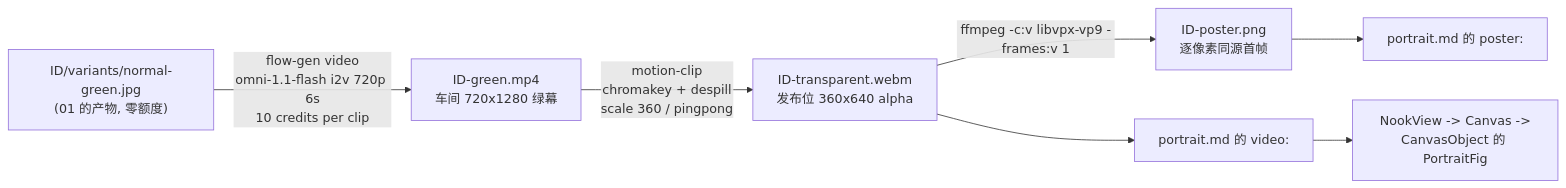
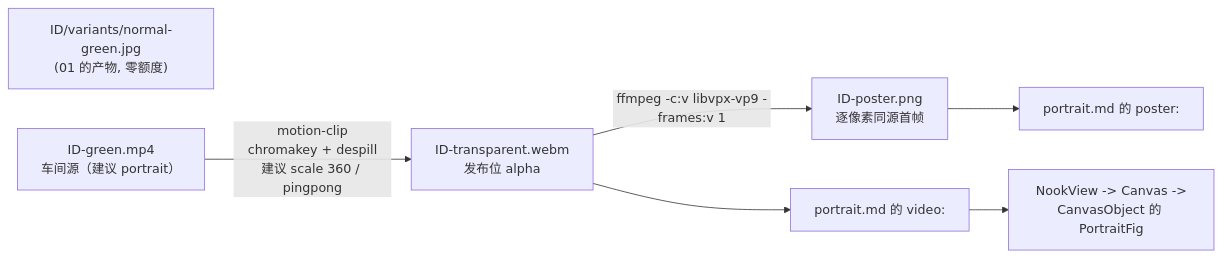
One commit to LudicDynamics/hackathon changed the diagram in docs/assets/02-微动立绘.md. Above: the diagram before and after it, drawn with Mermaid. The commit also changed other lines of this file and 55 other files, not shown here.

````diff
--- a/docs/assets/02-微动立绘.md
+++ b/docs/assets/02-微动立绘.md
@@ -19,10 +19,10 @@
 ```mermaid
 graph LR
   G["ID/variants/normal-green.jpg<br/>(01 的产物, 零额度)"]
-  G -->|"flow-gen video<br/>omni-1.1-flash i2v 720p 6s<br/>10 credits per clip"| M["ID-green.mp4<br/>车间 720x1280 绿幕"]
-  M -->|"motion-clip<br/>chromakey + despill<br/>scale 360 / pingpong"| W["ID-transparent.webm<br/>发布位 360x640 alpha"]
+  M["ID-green.mp4<br/>车间源（建议 portrait）"]
+  M -->|"motion-clip<br/>chromakey + despill<br/>建议 scale 360 / pingpong"| W["ID-transparent.webm<br/>发布位 alpha"]
   W -->|"ffmpeg -c:v libvpx-vp9 -frames:v 1"| P["ID-poster.png<br/>逐像素同源首帧"]
   W --> C["portrait.md 的 video:"]
   P --> C2["portrait.md 的 poster:"]
   C --> N["NookView -> Canvas -><br/>CanvasObject 的 PortraitFig"]
 ```
````
